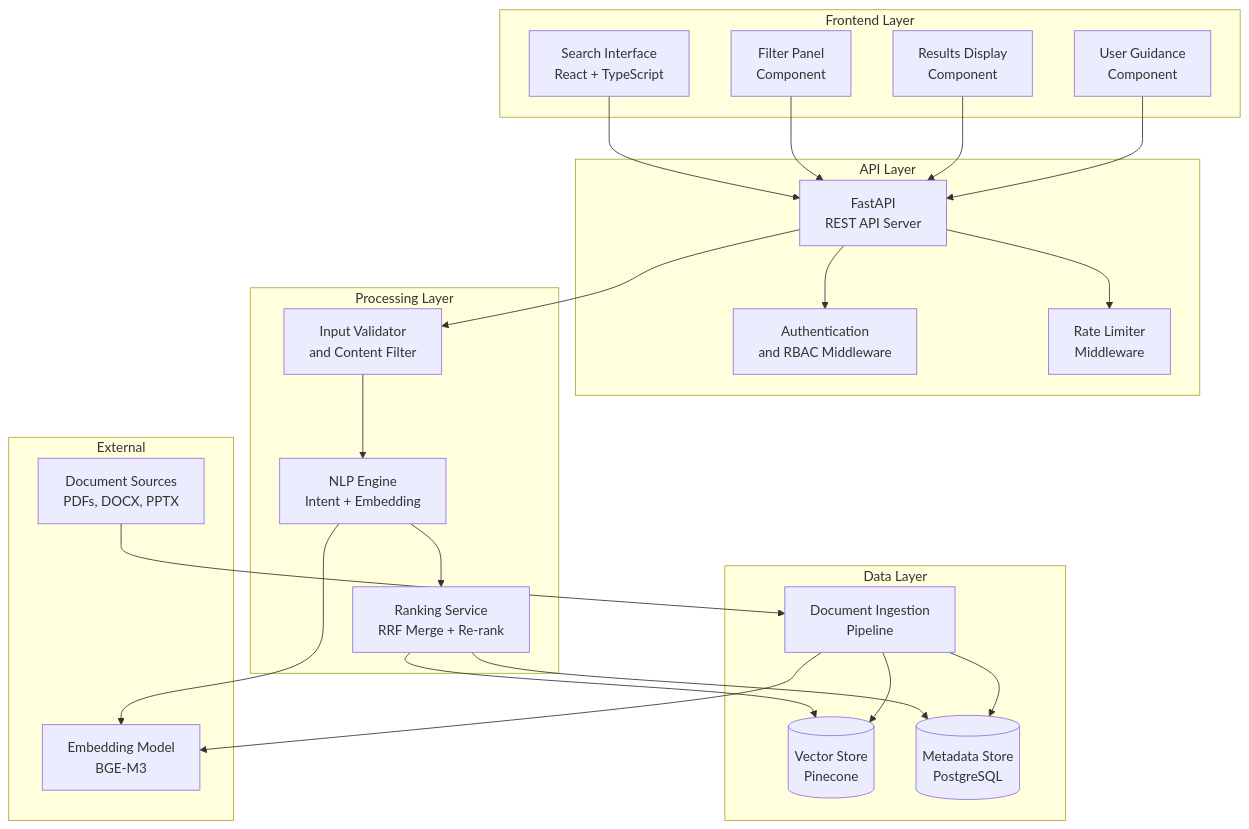
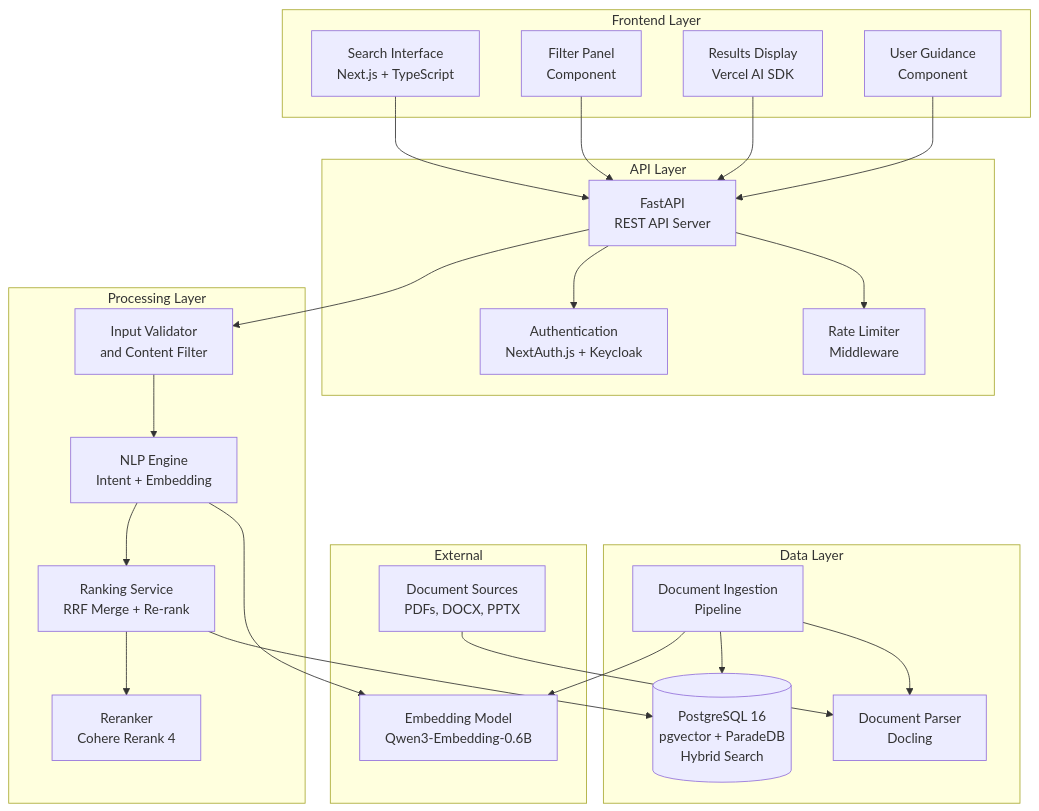
Before and after one commit to FlyM1ss/capstone-project: the diagram in software-engineering/diagrams/component.mmd, drawn with Mermaid. The commit also changed 14 other files, not shown here.

```diff
--- a/software-engineering/diagrams/component.mmd
+++ b/software-engineering/diagrams/component.mmd
@@ -1,47 +1,48 @@
 graph TB
     subgraph Frontend Layer
-        UI[Search Interface<br/>React + TypeScript]
+        UI[Search Interface<br/>Next.js + TypeScript]
         Filter[Filter Panel<br/>Component]
-        Results[Results Display<br/>Component]
+        Results[Results Display<br/>Vercel AI SDK]
         Guidance[User Guidance<br/>Component]
     end
 
     subgraph API Layer
         API[FastAPI<br/>REST API Server]
-        Auth[Authentication<br/>and RBAC Middleware]
+        Auth[Authentication<br/>NextAuth.js + Keycloak]
         RateLimit[Rate Limiter<br/>Middleware]
     end
 
     subgraph Processing Layer
         InputVal[Input Validator<br/>and Content Filter]
         NLPEngine[NLP Engine<br/>Intent + Embedding]
+        Reranker[Reranker<br/>Cohere Rerank 4]
         Ranker[Ranking Service<br/>RRF Merge + Re-rank]
     end
 
     subgraph Data Layer
-        VectorDB[(Vector Store<br/>Pinecone)]
-        MetadataDB[(Metadata Store<br/>PostgreSQL)]
+        UnifiedDB[(PostgreSQL 16<br/>pgvector + ParadeDB<br/>Hybrid Search)]
         Ingestion[Document Ingestion<br/>Pipeline]
+        DocParser[Document Parser<br/>Docling]
     end
 
     subgraph External
-        EmbedModel[Embedding Model<br/>BGE-M3]
+        EmbedModel[Embedding Model<br/>Qwen3-Embedding-0.6B]
         DocSource[Document Sources<br/>PDFs, DOCX, PPTX]
     end
 
     UI --> API
     Filter --> API
     Results --> API
     Guidance --> API
     API --> Auth
     API --> RateLimit
     API --> InputVal
     InputVal --> NLPEngine
     NLPEngine --> EmbedModel
     NLPEngine --> Ranker
-    Ranker --> VectorDB
-    Ranker --> MetadataDB
-    Ingestion --> VectorDB
-    Ingestion --> MetadataDB
+    Ranker --> UnifiedDB
+    Ranker --> Reranker
+    Ingestion --> UnifiedDB
     Ingestion --> EmbedModel
-    DocSource --> Ingestion
+    Ingestion --> DocParser
+    DocSource --> DocParser
```
